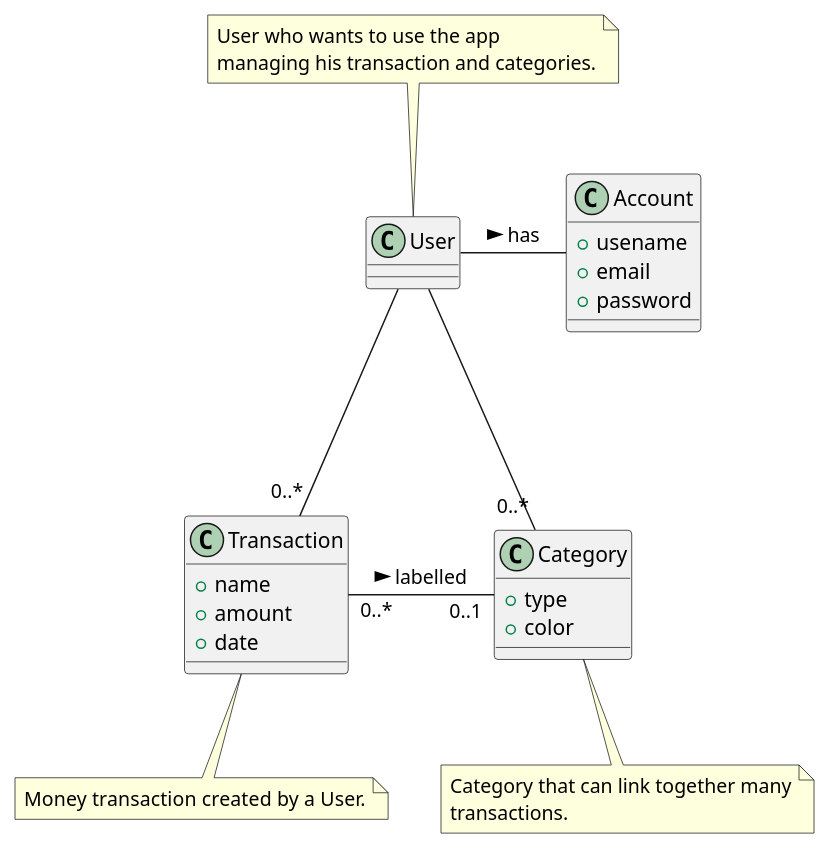
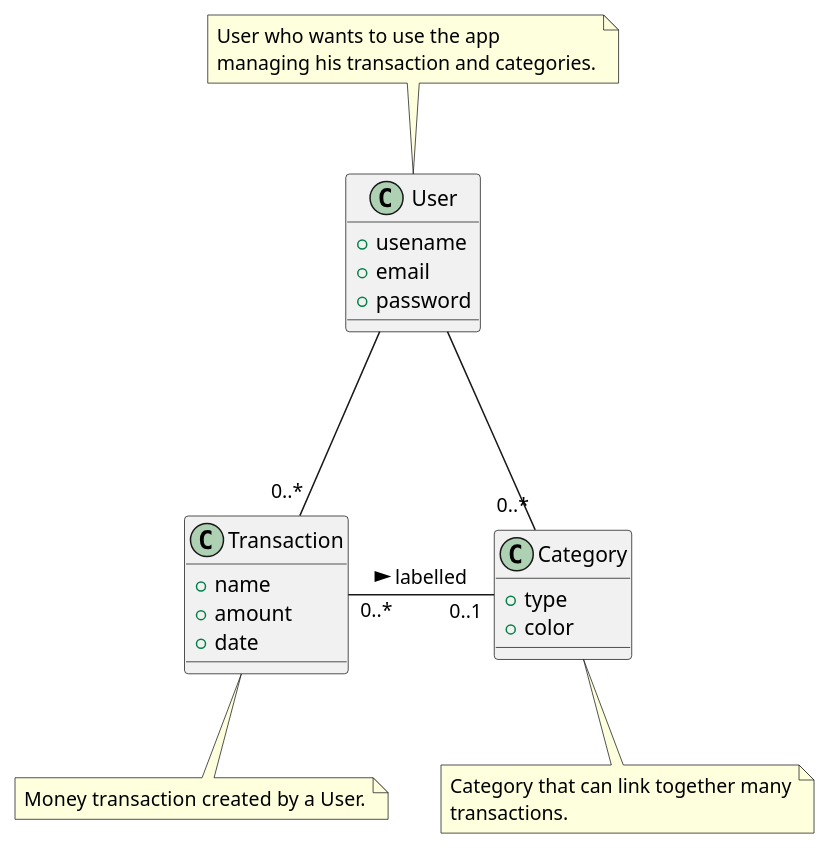
Before and after one commit to lara-m2000/ezwallet: the third of 5 diagrams in RequirementsDocumentV1.md, drawn with PlantUML. The commit also changed other lines of this file, not shown here.

Commit message:
docs: remove account class from glossary

````diff
--- a/RequirementsDocumentV1.md
+++ b/RequirementsDocumentV1.md
@@ -447,57 +448,49 @@
 ```plantuml
 @startuml
 
 
-class Account {
+class User {
 	+ usename
 	+ email
 	+ password
-}
-
-class User {
 }
 
 note top of User
 User who wants to use the app
 managing his transaction and categories.
 endnote
-
-
-User - Account : has >
-
-
 
 
 
 class Transaction {
 	+ name
 	+ amount
 	+ date
 }
 
 note bottom of Transaction
 Money transaction created by a User.
 endnote
 
 
 class Category {
 	+ type
 	+ color
 }
 
 note bottom of Category
 Category that can link together many
 transactions.
 endnote
 
 
 Transaction "0..*" - "0..1" Category : labelled >
 
 
 User --- "0..*" Transaction
 User --- "0..*" Category
 
 
 
 @enduml
 ```
````
